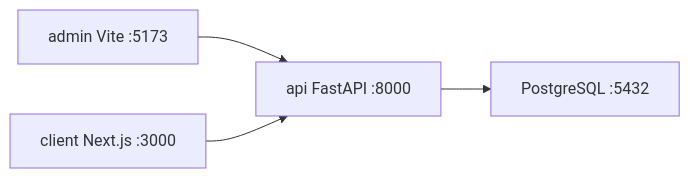
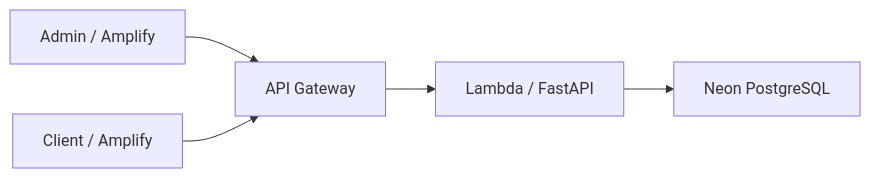
The diagram in README.md (shaowei1235/survey-platform), drawn with Mermaid before and after one commit. The commit also changed other lines of this file and 32 other files, not shown here.

````diff
--- a/README.md
+++ b/README.md
@@ -48,6 +57,7 @@
 ```mermaid
 flowchart LR
-  Admin["admin Vite :5173"] --> API["api FastAPI :8000"]
-  Client["client Next.js :3000"] --> API
-  API --> DB["PostgreSQL :5432"]
+  Admin["Admin / Amplify"] --> APIGW["API Gateway"]
+  Client["Client / Amplify"] --> APIGW
+  APIGW --> Lambda["Lambda / FastAPI"]
+  Lambda --> DB["Neon PostgreSQL"]
 ```
````
